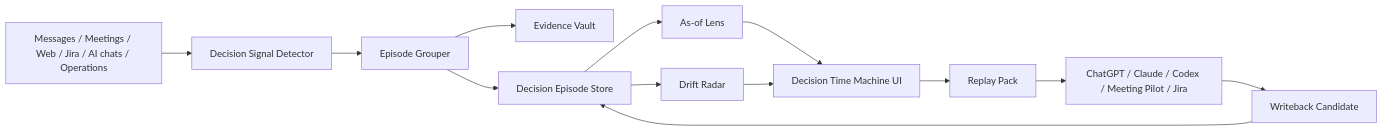
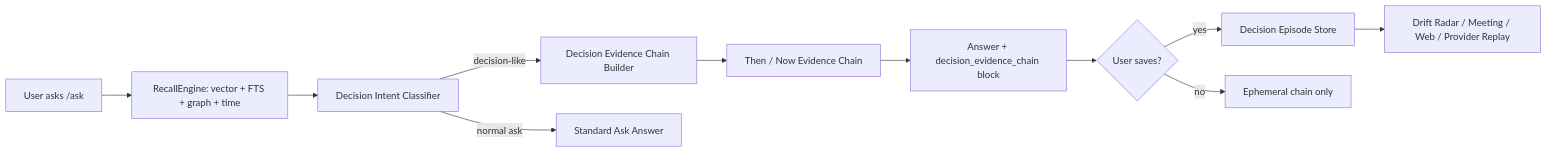
One commit to ee01/Personal-AI changed the diagram in docs/progressing/decision-time-machine-plan.md. Above: the diagram before and after it, drawn with Mermaid. The commit also changed other lines of this file and 112 other files, not shown here.

````diff
--- a/docs/progressing/decision-time-machine-plan.md
+++ b/docs/progressing/decision-time-machine-plan.md
@@ -261,15 +405,13 @@
 ```mermaid
 flowchart LR
-  A[Messages / Meetings / Web / Jira / AI chats / Operations] --> B[Decision Signal Detector]
-  B --> C[Episode Grouper]
-  C --> D[Evidence Vault]
-  C --> E[Decision Episode Store]
-  E --> F[As-of Lens]
-  E --> G[Drift Radar]
-  F --> H[Decision Time Machine UI]
-  G --> H
-  H --> I[Replay Pack]
-  I --> J[ChatGPT / Claude / Codex / Meeting Pilot / Jira]
-  J --> K[Writeback Candidate]
-  K --> E
+  A[User asks /ask] --> B[RecallEngine: vector + FTS + graph + time]
+  B --> C[Decision Intent Classifier]
+  C -->|decision-like| D[Decision Evidence Chain Builder]
+  C -->|normal ask| E[Standard Ask Answer]
+  D --> F[Then / Now Evidence Chain]
+  F --> G[Answer + decision_evidence_chain block]
+  G --> H{User saves?}
+  H -->|yes| I[Decision Episode Store]
+  H -->|no| J[Ephemeral chain only]
+  I --> K[Drift Radar / Meeting / Web / Provider Replay]
 ```
````
